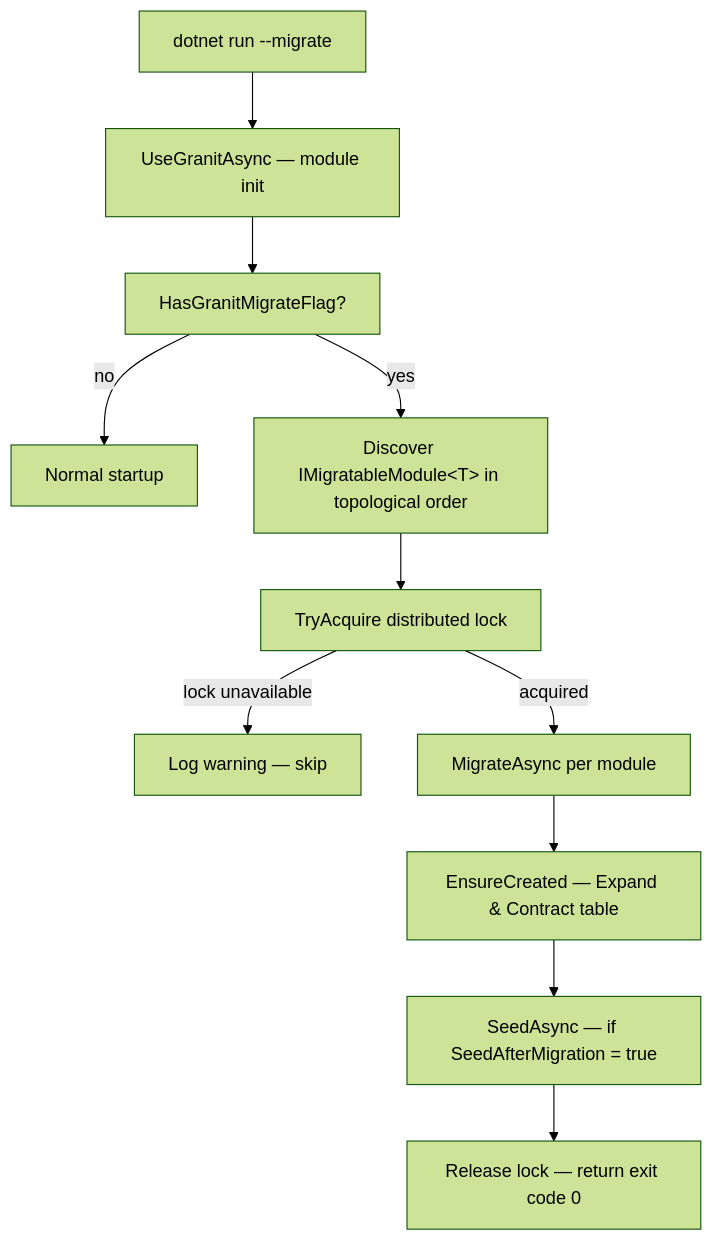
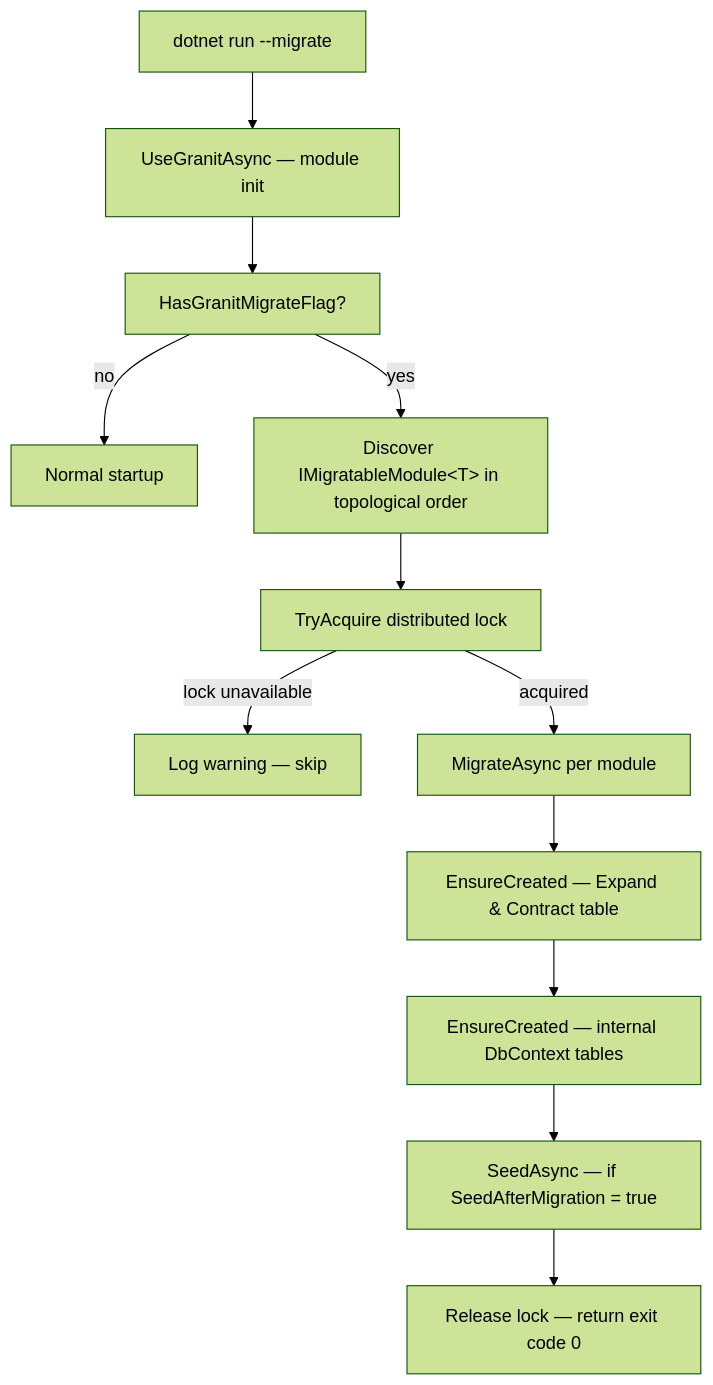
The first of 2 diagrams in docs-site/src/content/docs/dotnet/data/migrations.mdx (granit-fx/granit-dotnet), drawn with Mermaid (forest theme) before and after one commit. The commit also changed other lines of this file and 57 other files, not shown here.

````diff
--- a/docs-site/src/content/docs/dotnet/data/migrations.mdx
+++ b/docs-site/src/content/docs/dotnet/data/migrations.mdx
@@ -108,13 +108,14 @@
 ```mermaid
 flowchart TD
     A[dotnet run --migrate] --> B[UseGranitAsync — module init]
     B --> C[HasGranitMigrateFlag?]
     C -->|no| D[Normal startup]
     C -->|yes| E[Discover IMigratableModule&lt;T&gt; in topological order]
     E --> F[TryAcquire distributed lock]
     F -->|lock unavailable| G[Log warning — skip]
     F -->|acquired| H[MigrateAsync per module]
     H --> I[EnsureCreated — Expand & Contract table]
-    I --> J[SeedAsync — if SeedAfterMigration = true]
+    I --> L[EnsureCreated — internal DbContext tables]
+    L --> J[SeedAsync — if SeedAfterMigration = true]
     J --> K[Release lock — return exit code 0]
 ```
````
